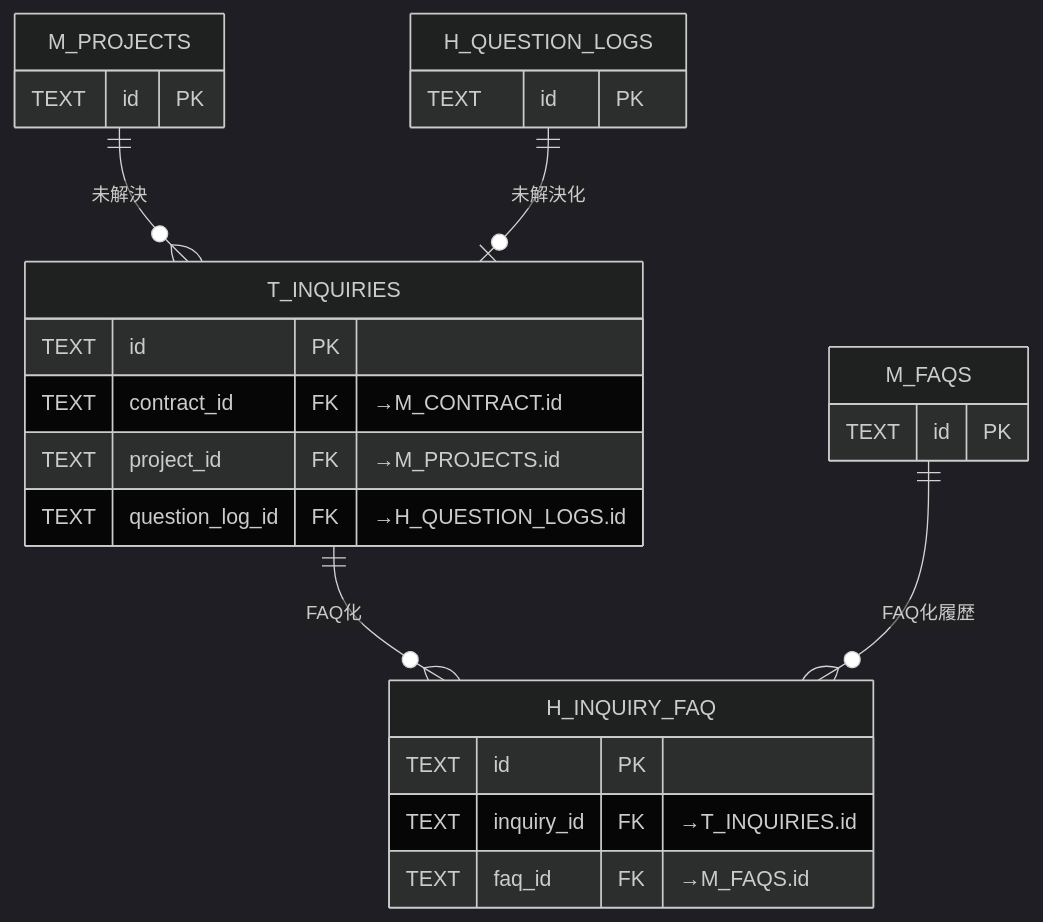
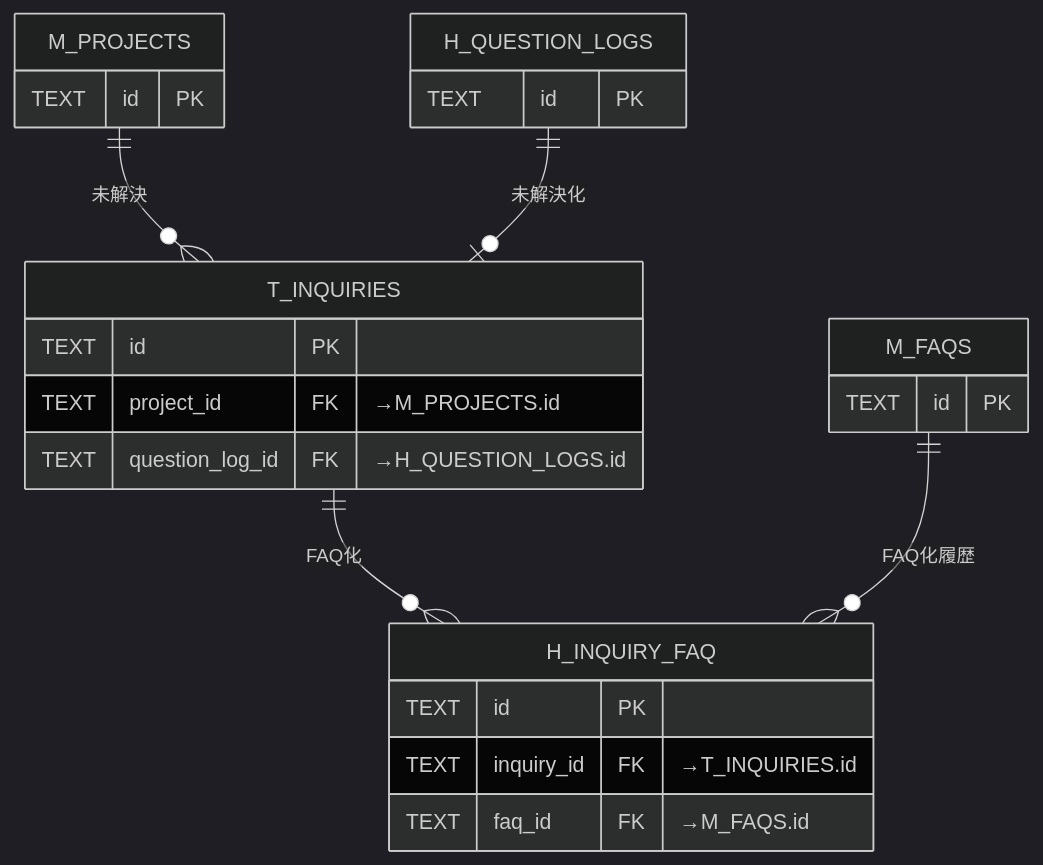
Before and after one commit to sikakou54/open-faq: the eighth of 12 diagrams in 02_basic-design/03_database-design.md, drawn with Mermaid (dark theme). The commit also changed other lines of this file and 4 other files, not shown here.

````diff
--- a/02_basic-design/03_database-design.md
+++ b/02_basic-design/03_database-design.md
@@ -236,17 +235,16 @@
 ```mermaid
 erDiagram
   T_INQUIRIES { TEXT id PK
-    TEXT contract_id FK "→M_CONTRACT.id"
     TEXT project_id FK "→M_PROJECTS.id"
     TEXT question_log_id FK "→H_QUESTION_LOGS.id" }
   M_PROJECTS { TEXT id PK }
   H_QUESTION_LOGS { TEXT id PK }
   M_FAQS { TEXT id PK }
   H_INQUIRY_FAQ { TEXT id PK
     TEXT inquiry_id FK "→T_INQUIRIES.id"
     TEXT faq_id FK "→M_FAQS.id" }
   M_PROJECTS ||--o{ T_INQUIRIES : "未解決"
   H_QUESTION_LOGS ||--o| T_INQUIRIES : "未解決化"
   T_INQUIRIES ||--o{ H_INQUIRY_FAQ : "FAQ化"
   M_FAQS ||--o{ H_INQUIRY_FAQ : "FAQ化履歴"
 ```
````
